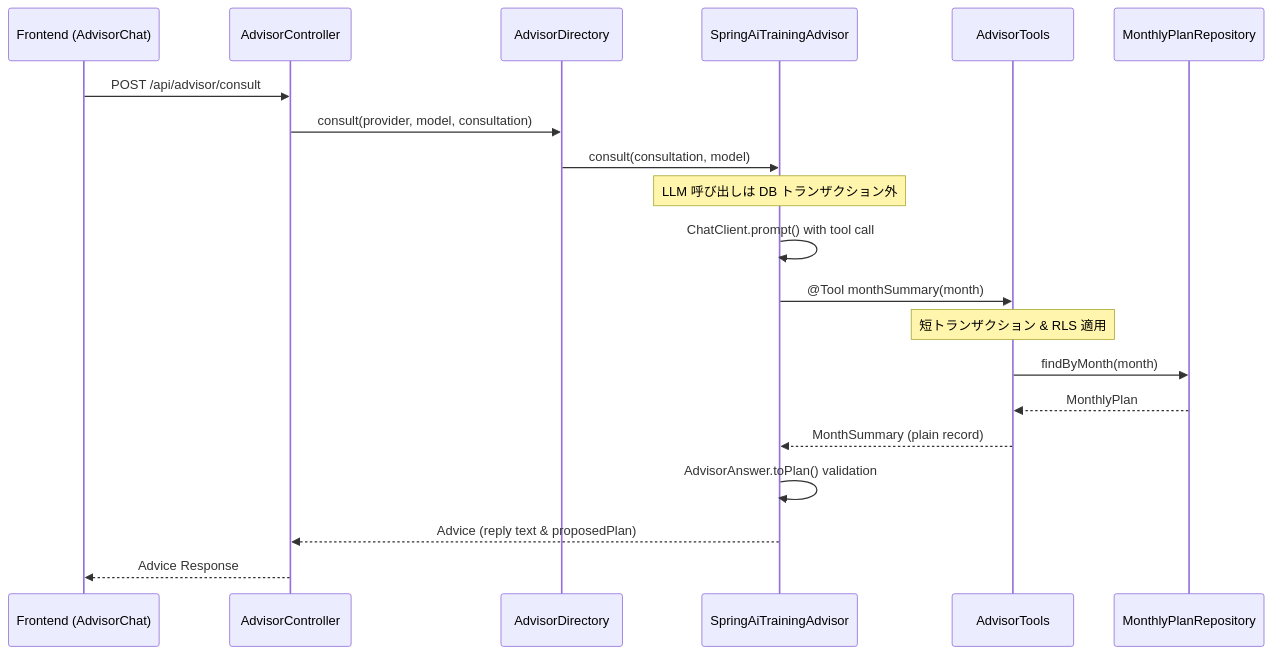
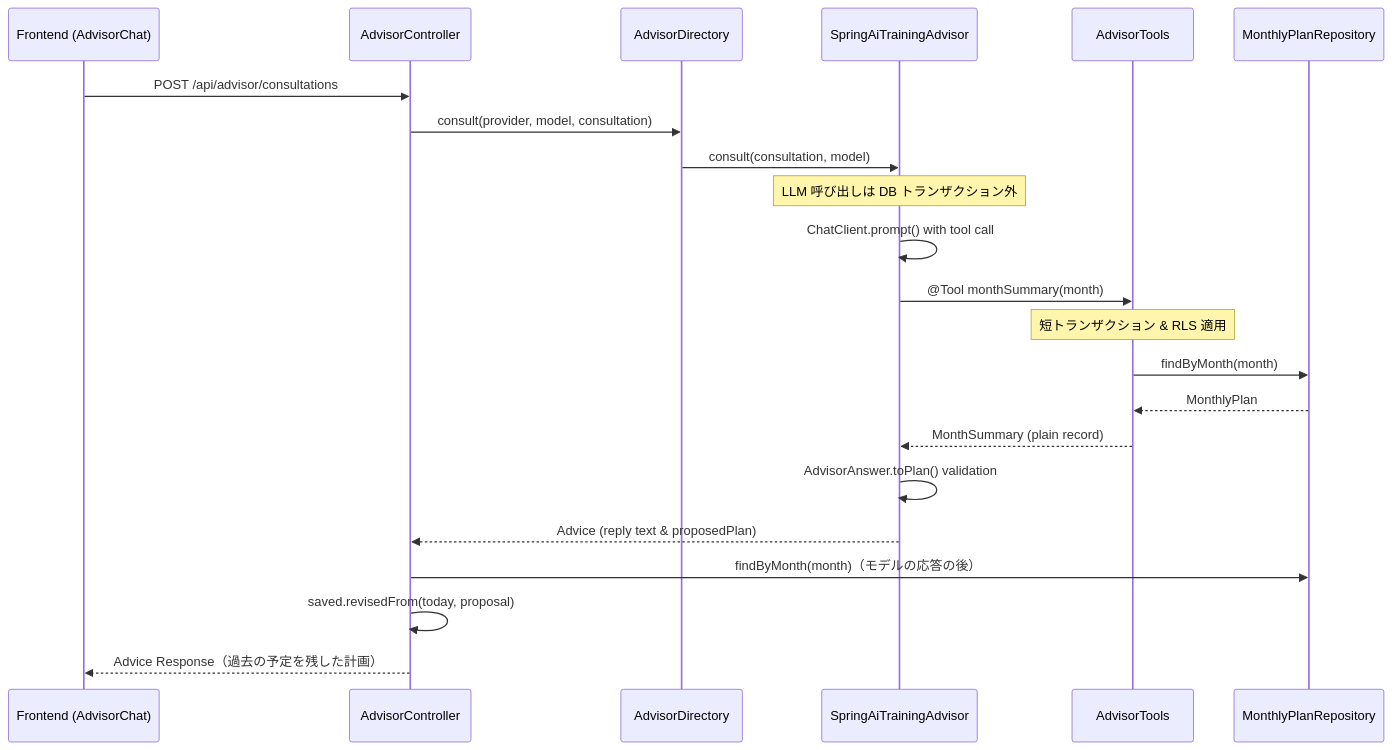
The second of 3 diagrams in openwiki/architecture/patterns.md (tis-abe-akira/run-buddy), drawn with Mermaid before and after one commit. The commit also changed other lines of this file and 17 other files, not shown here.

````diff
--- a/openwiki/architecture/patterns.md
+++ b/openwiki/architecture/patterns.md
@@ -173,23 +208,25 @@
 ```mermaid
 sequenceDiagram
     participant UI as Frontend (AdvisorChat)
     participant Ctrl as AdvisorController
     participant Dir as AdvisorDirectory
     participant Adv as SpringAiTrainingAdvisor
     participant Tools as AdvisorTools
     participant Repo as MonthlyPlanRepository
 
-    UI->>Ctrl: POST /api/advisor/consult
+    UI->>Ctrl: POST /api/advisor/consultations
     Ctrl->>Dir: consult(provider, model, consultation)
     Dir->>Adv: consult(consultation, model)
     Note over Adv: LLM 呼び出しは DB トランザクション外
     Adv->>Adv: ChatClient.prompt() with tool call
     Adv->>Tools: @Tool monthSummary(month)
     Note over Tools: 短トランザクション & RLS 適用
     Tools->>Repo: findByMonth(month)
     Repo-->>Tools: MonthlyPlan
     Tools-->>Adv: MonthSummary (plain record)
     Adv->>Adv: AdvisorAnswer.toPlan() validation
     Adv-->>Ctrl: Advice (reply text & proposedPlan)
-    Ctrl-->>UI: Advice Response
+    Ctrl->>Repo: findByMonth(month)（モデルの応答の後）
+    Ctrl->>Ctrl: saved.revisedFrom(today, proposal)
+    Ctrl-->>UI: Advice Response（過去の予定を残した計画）
 ```
````
